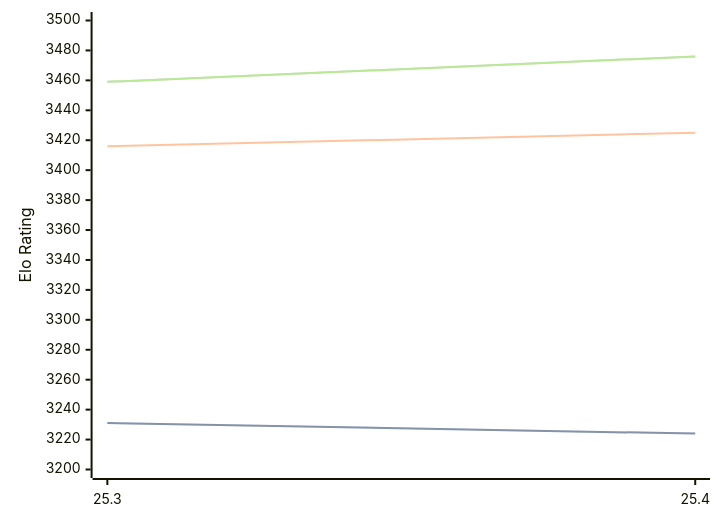
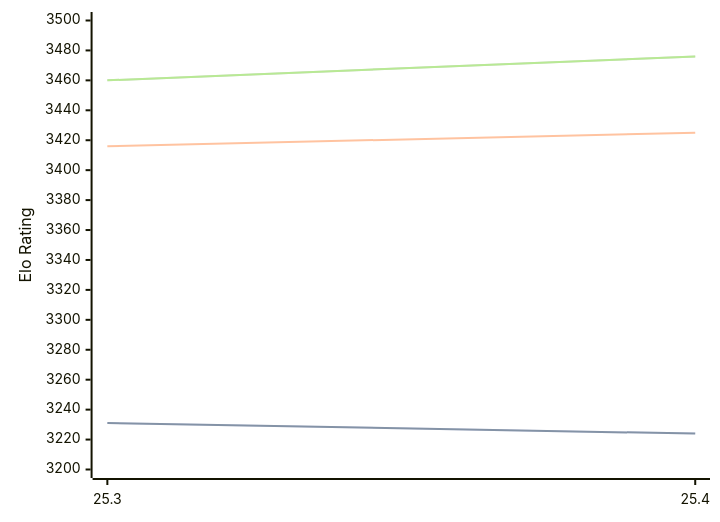
The diagram in engines/Arasan.md (computer-chess-index/cci), drawn with Mermaid before and after one commit. The commit also changed other lines of this file, not shown here.

Commit message:
Update CCI Ratings (ELO VLTC) - 2026-05-22

````diff
--- a/engines/Arasan.md
+++ b/engines/Arasan.md
@@ -33,11 +33,11 @@
 ```mermaid
 %%{init: {"theme":"base","themeVariables":{"seriesColors:['#a3a3a3','#222221','#faa371']}}}%%
 xychart-beta
   x-axis ["25.3", "25.4"]
   y-axis "Elo Rating" 3200 --> 3500
   line "STC (8.0+0.08s)" [3231, 3224]
   line "STC (8.0+0.08s)" [3231, 3224]
   line "LTC (60.0+0.60s)" [3416, 3425]
-  line "VLTC (2m24s+1.12s)" [3459, 3476]
-  line "VLTC (2m24s+1.12s)" [3459, 3476]
+  line "VLTC (2m24s+1.12s)" [3460, 3476]
+  line "VLTC (2m24s+1.12s)" [3460, 3476]
 ```
````
